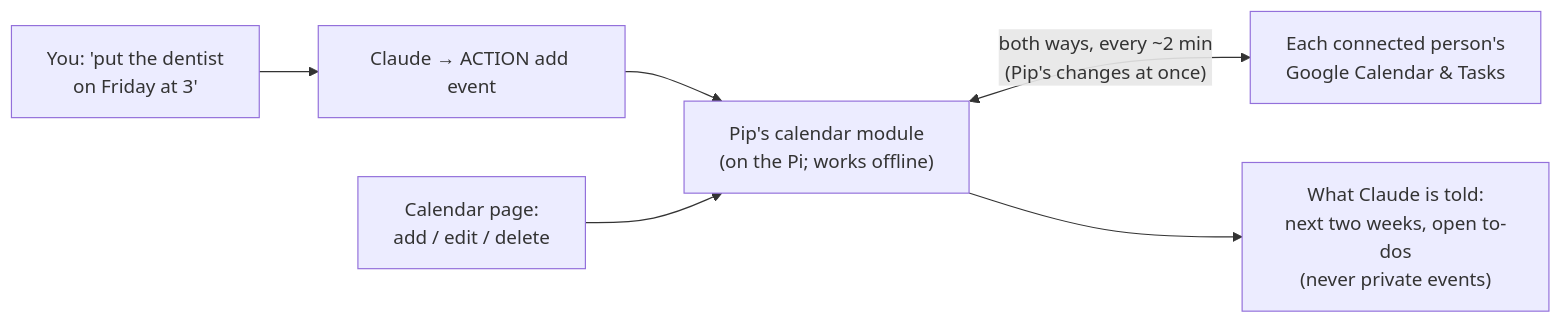
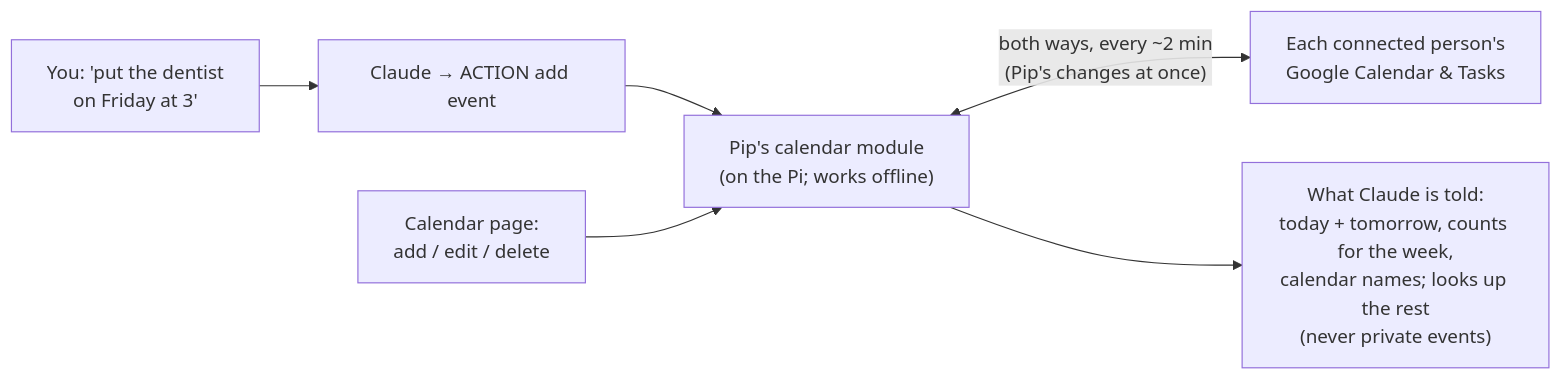
One commit to LandenHeine17/pip changed the sixth of 8 diagrams in docs/PIP-SPEC.md. Above: the diagram before and after it, drawn with Mermaid. The commit also changed other lines of this file and 21 other files, not shown here.

````diff
--- a/docs/PIP-SPEC.md
+++ b/docs/PIP-SPEC.md
@@ -178,8 +181,8 @@
 ```mermaid
 flowchart LR
     V["You: 'put the dentist<br/>on Friday at 3'"] --> C["Claude → ACTION add event"]
     C --> P["Pip's calendar module<br/>(on the Pi; works offline)"]
     D["Calendar page:<br/>add / edit / delete"] --> P
     P <-- "both ways, every ~2 min<br/>(Pip's changes at once)" --> G["Each connected person's<br/>Google Calendar & Tasks"]
-    P --> S["What Claude is told:<br/>next two weeks, open to-dos<br/>(never private events)"]
+    P --> S["What Claude is told:<br/>today + tomorrow, counts for the week,<br/>calendar names; looks up the rest<br/>(never private events)"]
 ```
````
